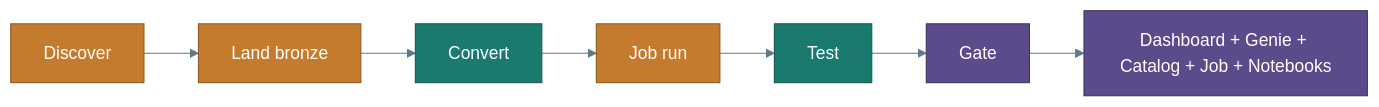
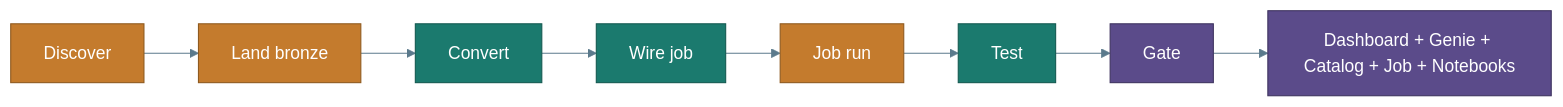
Before and after one commit to Jericho2010/edwmigration: the second of 4 diagrams in docs/what-you-get.md, drawn with Mermaid. The commit also changed other lines of this file and 124 other files, not shown here.

````diff
--- a/docs/what-you-get.md
+++ b/docs/what-you-get.md
@@ -58,16 +58,17 @@
 ```mermaid
 %%{init: {"theme":"base","themeVariables":{"primaryColor":"#E8F1F8","primaryTextColor":"#0B3D5C","primaryBorderColor":"#0B3D5C","lineColor":"#5B7A8C","secondaryColor":"#E6F4F1","tertiaryColor":"#F7F3EA","background":"#FFFFFF","mainBkg":"#E8F1F8","clusterBkg":"#F7FAFC","clusterBorder":"#5B7A8C","titleColor":"#0B3D5C","edgeLabelBackground":"#FFFFFF"}}}%%
 flowchart LR
   D[Discover] --> L[Land bronze]
   L --> C[Convert]
-  C --> J[Job run]
+  C --> W[Wire job]
+  W --> J[Job run]
   J --> T[Test]
   T --> G[Gate]
   G --> O[Dashboard + Genie + Catalog + Job + Notebooks]
   classDef work fill:#C47B2D,stroke:#8F5A1F,color:#fff
   classDef agent fill:#1B7A6E,stroke:#145A51,color:#fff
   classDef ops fill:#5B4B8A,stroke:#3F3460,color:#fff
   class D,L,J work
-  class C,T agent
+  class C,W,T agent
   class G,O ops
 ```
````
